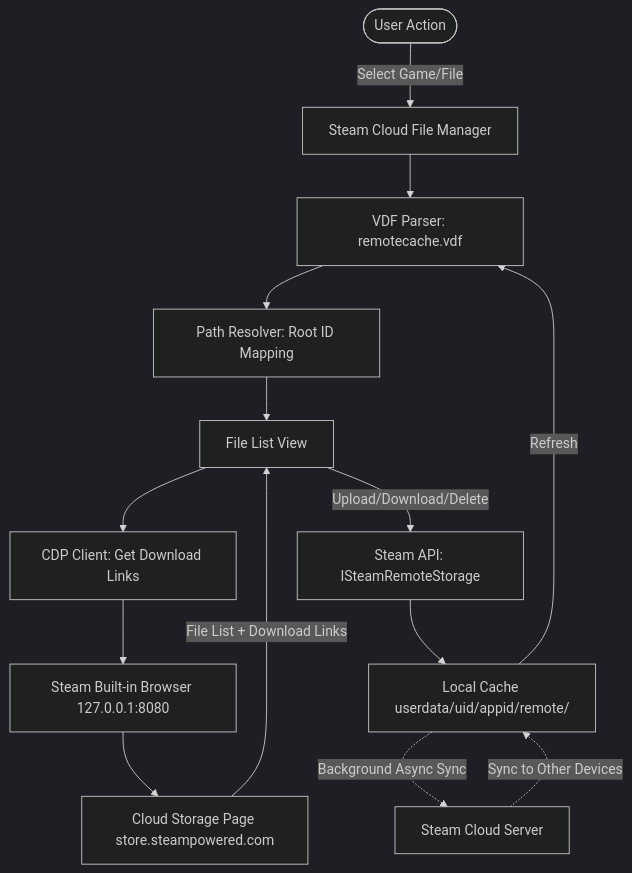
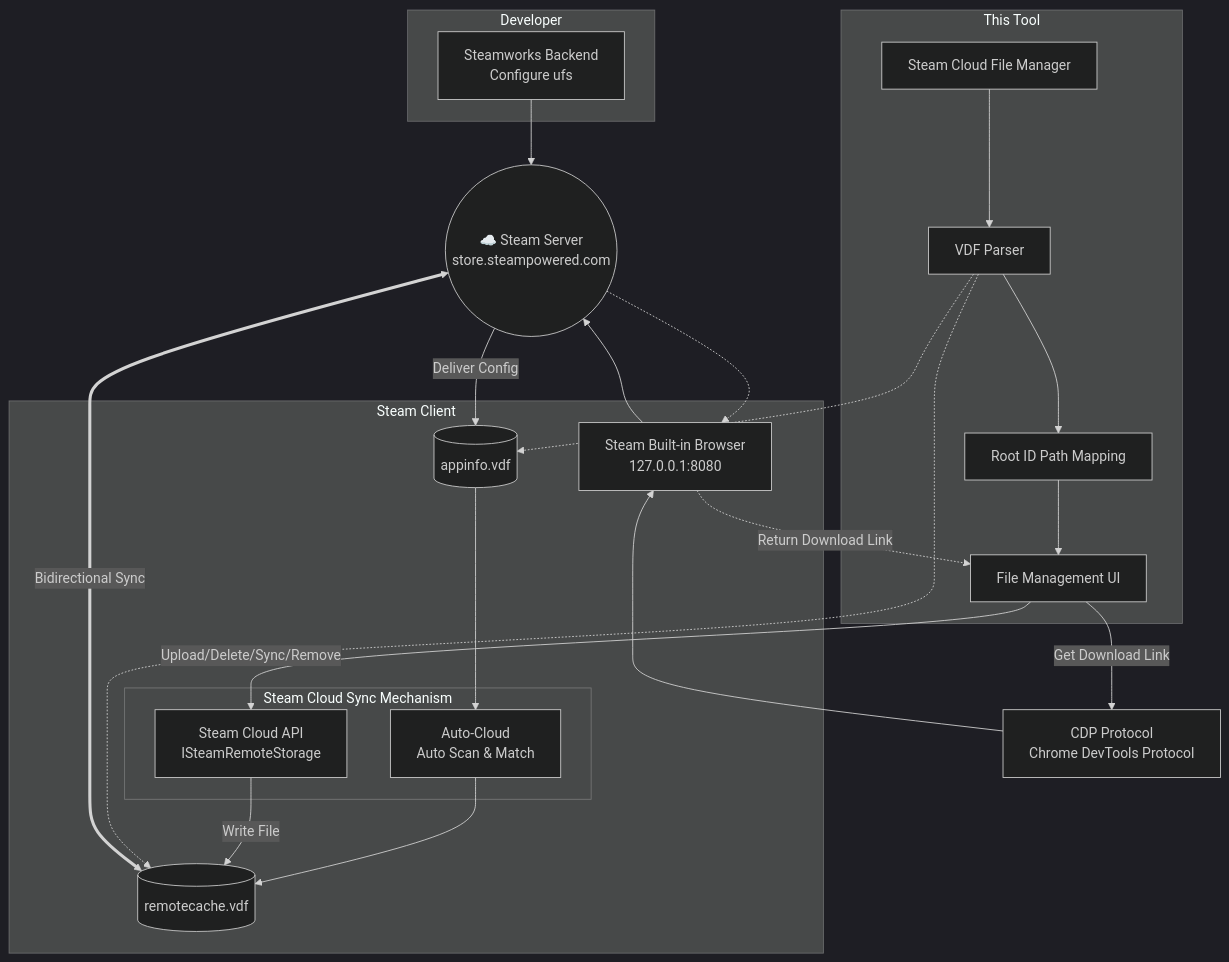
One commit to Fldicoahkiin/SteamCloudFileManager changed the first of 2 diagrams in README.en.md. Above: the diagram before and after it, drawn with Mermaid (dark theme). The commit also changed other lines of this file and 2 other files, not shown here.

Commit message:
docs: 重构云同步机制架构图，优化技术描述

````diff
--- a/README.en.md
+++ b/README.en.md
@@ -259,16 +257,54 @@
 ```mermaid
-graph TD
-    User([User Action]) -->|Select Game/File| App[Steam Cloud File Manager]
-    App --> VDF["VDF Parser: remotecache.vdf"]
-    VDF --> PathResolver["Path Resolver: Root ID Mapping"]
-    PathResolver --> FileList[File List View]
-    FileList --> CDP["CDP Client: Get Download Links"]
-    CDP --> SteamBrowser["Steam Built-in Browser 127.0.0.1:8080"]
-    SteamBrowser --> CloudPage["Cloud Storage Page store.steampowered.com"]
-    CloudPage -->|File List + Download Links| FileList
-    FileList -->|Upload/Download/Delete| SteamAPI["Steam API: ISteamRemoteStorage"]
-    SteamAPI --> LocalCache["Local Cache userdata/uid/appid/remote/"]
-    LocalCache -.->|Background Async Sync| CloudServer[Steam Cloud Server]
-    CloudServer -.->|Sync to Other Devices| LocalCache
-    LocalCache -->|Refresh| VDF
+graph TB
+    subgraph dev["Developer"]
+        Steamworks["Steamworks Backend<br/>Configure ufs"]
+    end
+    
+    subgraph client["Steam Client"]
+        AppInfo[(appinfo.vdf)]
+        RemoteCache[(remotecache.vdf)]
+        
+        subgraph sync["Steam Cloud Sync Mechanism"]
+            Auto["Auto-Cloud<br/>Auto Scan & Match"]
+            API["Steam Cloud API<br/>ISteamRemoteStorage"]
+        end
+        
+        SteamBrowser["Steam Built-in Browser<br/>127.0.0.1:8080"]
+    end
+    
+    CDP["CDP Protocol<br/>Chrome DevTools Protocol"]
+    
+    Cloud(("☁️ Steam Server<br/>store.steampowered.com"))
+    
+    subgraph tool["This Tool"]
+        App["Steam Cloud File Manager"]
+        Parser["VDF Parser"]
+        Resolver["Root ID Path Mapping"]
+        UI["File Management UI"]
+    end
+    
+    %% Config Flow (Steamworks → Server → Client)
+    Steamworks --> Cloud
+    Cloud -->|Deliver Config| AppInfo
+    AppInfo --> Auto
+    
+    %% Sync Mechanism
+    Auto --> RemoteCache
+    API -->|Write File| RemoteCache
+    RemoteCache <===>|Bidirectional Sync| Cloud
+    
+    %% Browser
+    CDP --> SteamBrowser
+    SteamBrowser --> Cloud
+    
+    %% This Tool
+    App --> Parser
+    Parser -.-> RemoteCache
+    Parser -.-> AppInfo
+    Parser --> Resolver
+    Resolver --> UI
+    UI -->|Upload/Delete/Sync/Remove| API
+    UI -->|Get Download Link| CDP
+    Cloud -.-> SteamBrowser
+    SteamBrowser -.Return Download Link.-> UI
 ```
````
